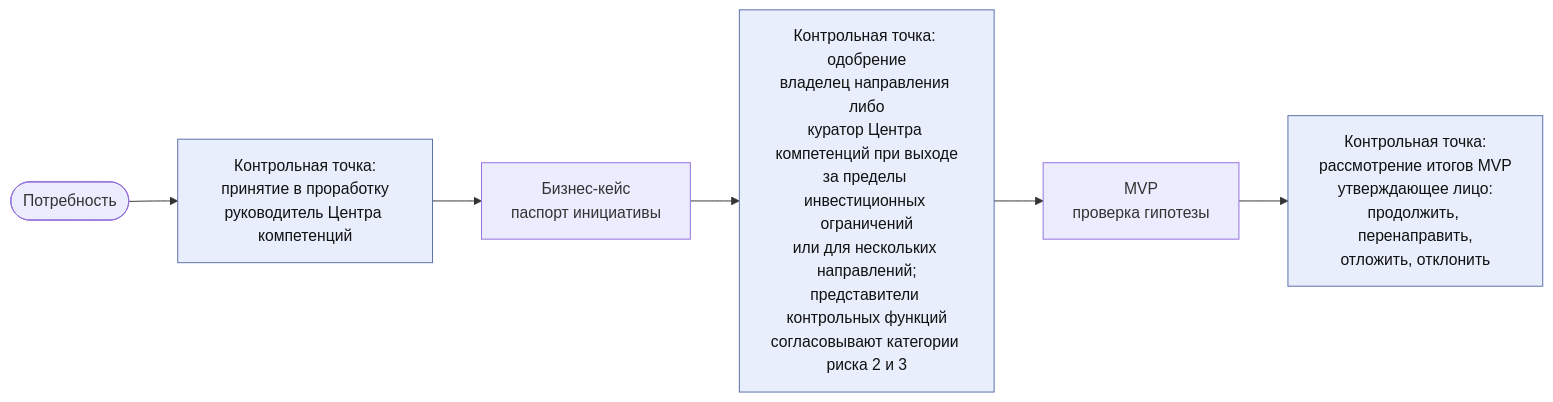
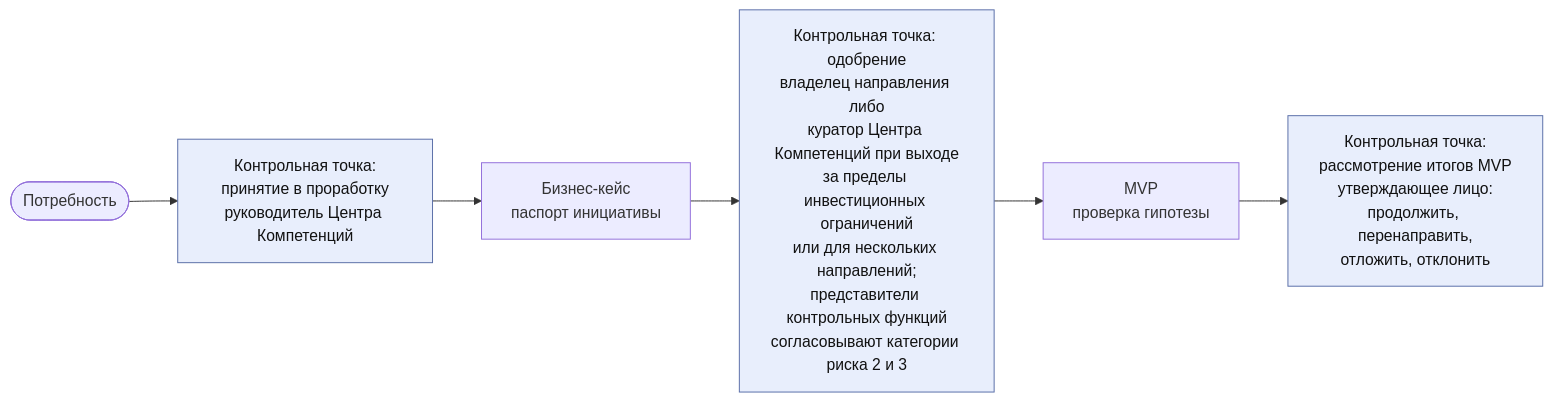
One commit to devhogu/ob-aicc changed the second of 5 diagrams in charter/ru/guides/service-delivery-guide.md. Above: the diagram before and after it, drawn with Mermaid. The commit also changed other lines of this file and 550 other files, not shown here.

````diff
--- a/charter/ru/guides/service-delivery-guide.md
+++ b/charter/ru/guides/service-delivery-guide.md
@@ -48,10 +48,10 @@
 ```mermaid
 flowchart LR
-  N(["Потребность"]) --> G1["Контрольная точка:<br/>принятие в проработку<br/>руководитель Центра компетенций"]
+  N(["Потребность"]) --> G1["Контрольная точка:<br/>принятие в проработку<br/>руководитель Центра Компетенций"]
   G1 --> BC["Бизнес-кейс<br/>паспорт инициативы"]
-  BC --> G2["Контрольная точка: одобрение<br/>владелец направления либо<br/>куратор Центра компетенций при выходе<br/>за пределы инвестиционных ограничений<br/>или для нескольких направлений;<br/>представители контрольных функций<br/>согласовывают категории риска 2 и 3"]
+  BC --> G2["Контрольная точка: одобрение<br/>владелец направления либо<br/>куратор Центра Компетенций при выходе<br/>за пределы инвестиционных ограничений<br/>или для нескольких направлений;<br/>представители контрольных функций<br/>согласовывают категории риска 2 и 3"]
   G2 --> MV["MVP<br/>проверка гипотезы"]
   MV --> G3["Контрольная точка:<br/>рассмотрение итогов MVP<br/>утверждающее лицо:<br/>продолжить, перенаправить,<br/>отложить, отклонить"]
   classDef gate fill:#e8eefc,stroke:#5a6fa8,color:#111
   class G1,G2,G3 gate
 ```
````
